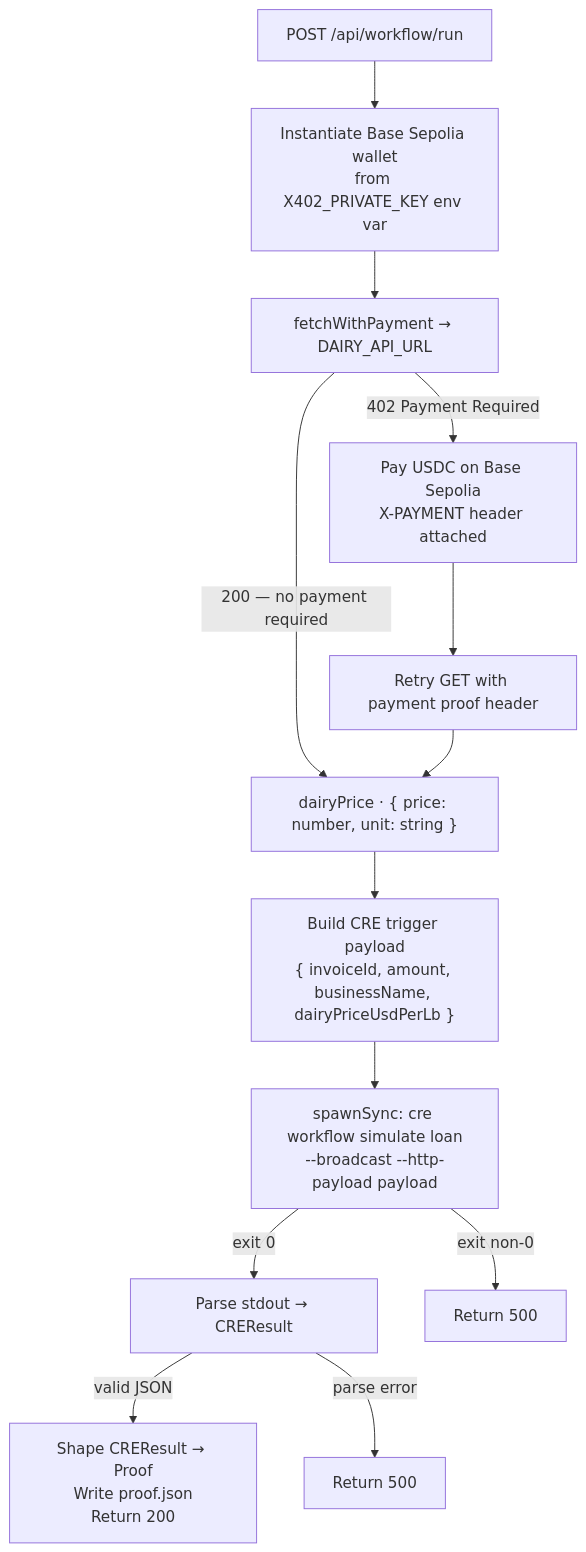
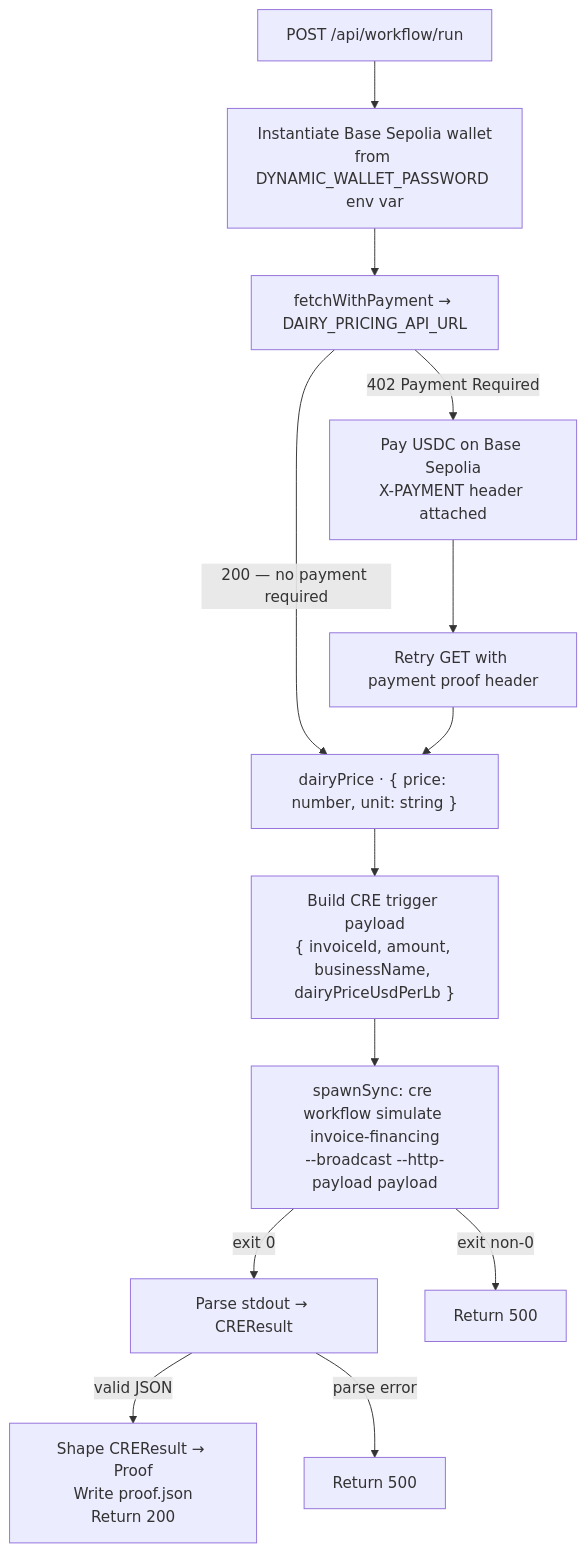
One commit to orbbit-tech/openpop changed the diagram in specs/m2-x402/03-integration/TECH-187-wire-x402-dairy-price-fetch-into-cre-simulation/spec.md. Above: the diagram before and after it, drawn with Mermaid. The commit also changed other lines of this file and 12 other files, not shown here.

````diff
--- a/specs/m2-x402/03-integration/TECH-187-wire-x402-dairy-price-fetch-into-cre-simulation/spec.md
+++ b/specs/m2-x402/03-integration/TECH-187-wire-x402-dairy-price-fetch-into-cre-simulation/spec.md
@@ -21,18 +21,18 @@
 ```mermaid
 flowchart TD
     POST["POST /api/workflow/run"]
-    POST --> WALLET["Instantiate Base Sepolia wallet\nfrom X402_PRIVATE_KEY env var"]
-    WALLET --> FETCH["fetchWithPayment → DAIRY_API_URL"]
+    POST --> WALLET["Instantiate Base Sepolia wallet\nfrom DYNAMIC_WALLET_PASSWORD env var"]
+    WALLET --> FETCH["fetchWithPayment → DAIRY_PRICING_API_URL"]
 
     FETCH -->|"200 — no payment required"| PRICE
     FETCH -->|"402 Payment Required"| PAY["Pay USDC on Base Sepolia\nX-PAYMENT header attached"]
     PAY --> RETRY["Retry GET with payment proof header"]
     RETRY --> PRICE["dairyPrice · { price: number, unit: string }"]
 
     PRICE --> PAYLOAD["Build CRE trigger payload\n{ invoiceId, amount, businessName, dairyPriceUsdPerLb }"]
-    PAYLOAD --> CRE["spawnSync: cre workflow simulate loan\n--broadcast --http-payload payload"]
+    PAYLOAD --> CRE["spawnSync: cre workflow simulate invoice-financing\n--broadcast --http-payload payload"]
     CRE -->|"exit 0"| PARSE["Parse stdout → CREResult"]
     CRE -->|"exit non-0"| ERR500A["Return 500"]
     PARSE -->|"valid JSON"| PROOF["Shape CREResult → Proof\nWrite proof.json\nReturn 200"]
     PARSE -->|"parse error"| ERR500B["Return 500"]
 ```
````
